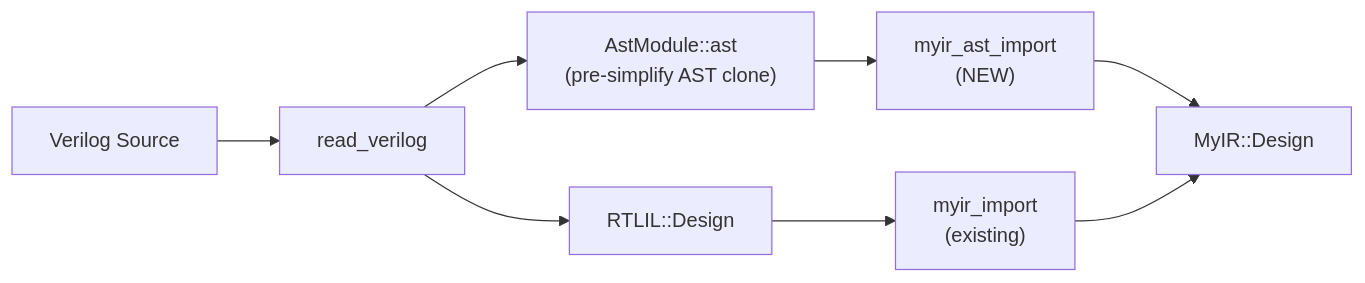
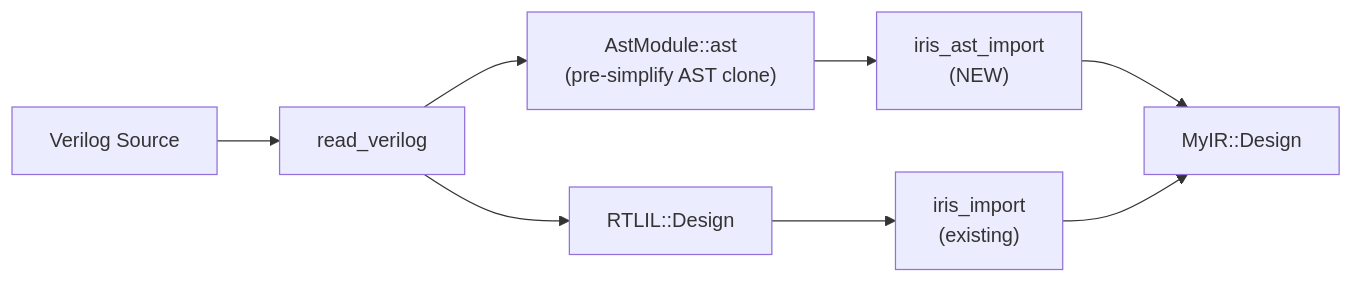
One commit to SuperEDATeam/MyYosys changed the diagram in SUMMARY/ast-based_myir_import_3a4b2cd0.plan.md. Above: the diagram before and after it, drawn with Mermaid. The commit also changed other lines of this file and 39 other files, not shown here.

````diff
--- a/SUMMARY/ast-based_myir_import_3a4b2cd0.plan.md
+++ b/SUMMARY/ast-based_myir_import_3a4b2cd0.plan.md
@@ -35,10 +35,10 @@
 ```mermaid
 flowchart LR
     V["Verilog Source"] --> RV["read_verilog"]
     RV --> AST["AstModule::ast\n(pre-simplify AST clone)"]
     RV --> RTLIL["RTLIL::Design"]
-    AST --> NEW["myir_ast_import\n(NEW)"]
-    RTLIL --> OLD["myir_import\n(existing)"]
+    AST --> NEW["iris_ast_import\n(NEW)"]
+    RTLIL --> OLD["iris_import\n(existing)"]
     NEW --> MyIR["MyIR::Design"]
     OLD --> MyIR
 ```
````
